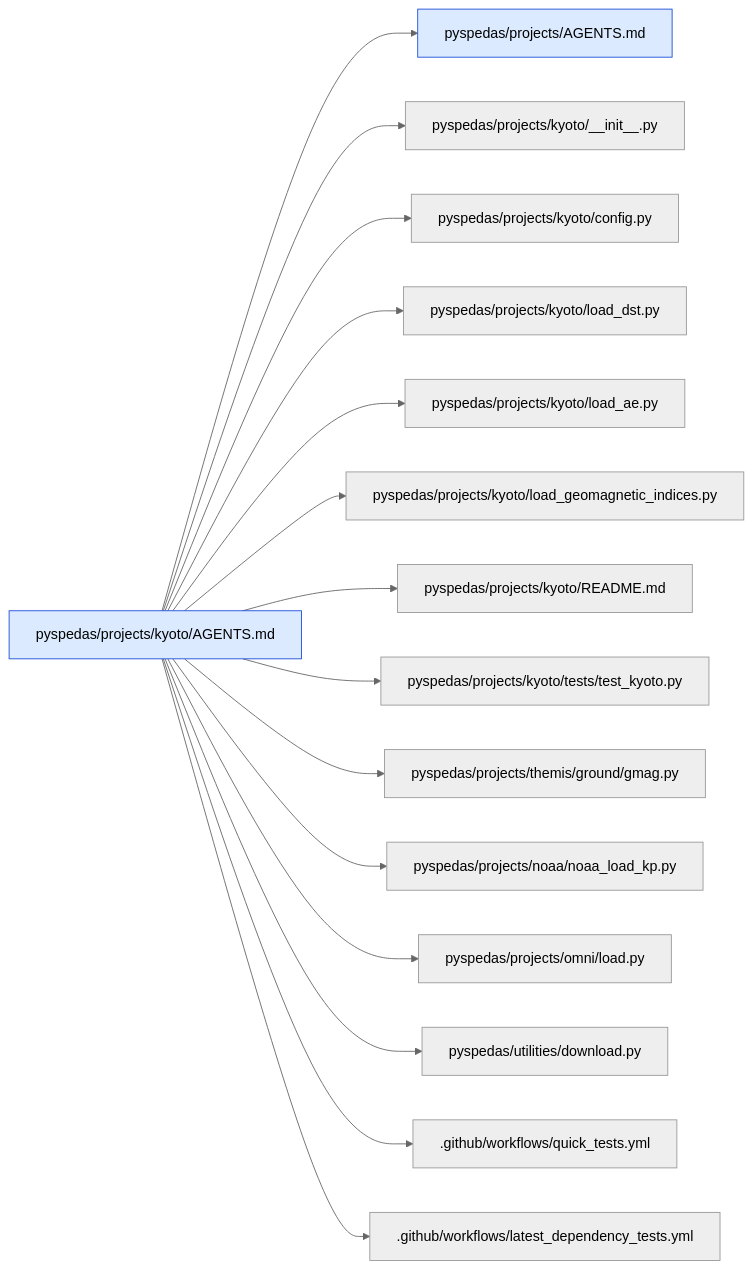
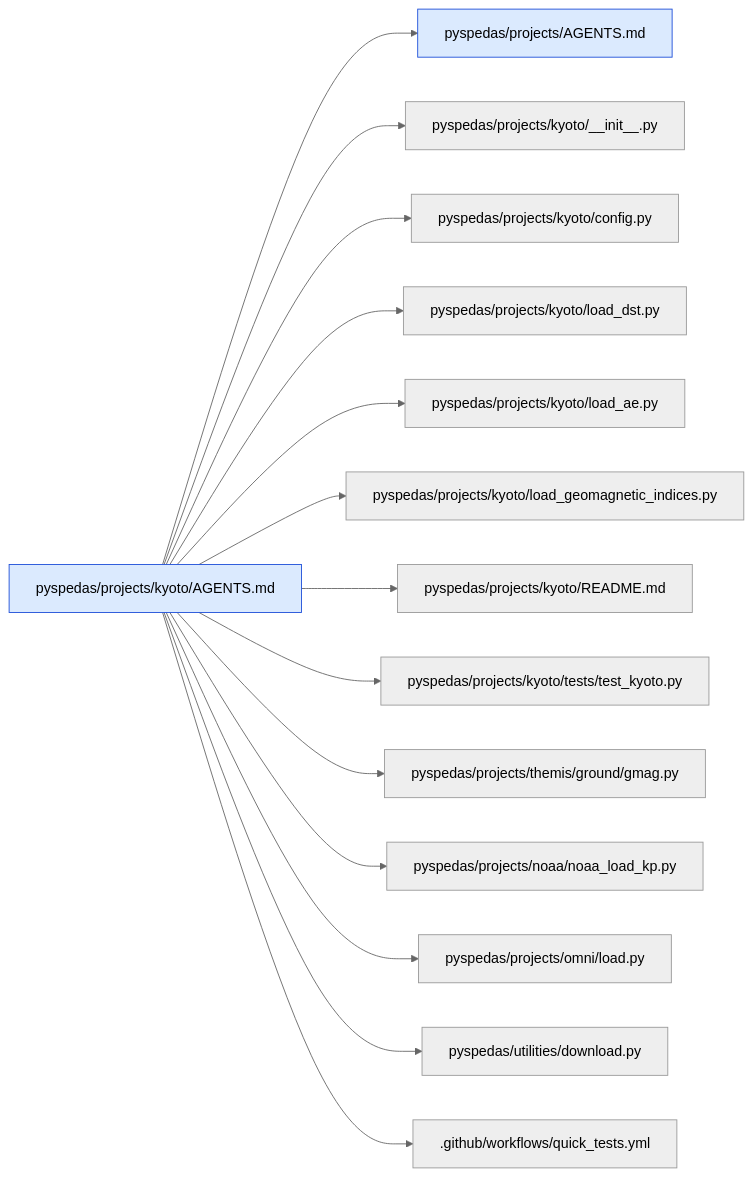
Before and after one commit to spedas/pyspedas: diagram 21 of 43 in .agents/map/MAP.md, drawn with Mermaid (neutral theme). The commit also changed other lines of this file and 21 other files, not shown here.

First line of the commit message:
Unify quick tests with selectable dependency and Python policies (#1546)

````diff
--- a/.agents/map/MAP.md
+++ b/.agents/map/MAP.md
@@ -855,20 +855,19 @@
 ```mermaid
 graph LR
   classDef agents fill:#dbeafe,stroke:#1d4ed8
   classDef missing fill:#fee2e2,stroke:#b91c1c,stroke-dasharray:4
   self["pyspedas/projects/kyoto/AGENTS.md"]:::agents
   self --> r0["pyspedas/projects/AGENTS.md"]:::agents
   self --> r1["pyspedas/projects/kyoto/__init__.py"]
   self --> r2["pyspedas/projects/kyoto/config.py"]
   self --> r3["pyspedas/projects/kyoto/load_dst.py"]
   self --> r4["pyspedas/projects/kyoto/load_ae.py"]
   self --> r5["pyspedas/projects/kyoto/load_geomagnetic_indices.py"]
   self --> r6["pyspedas/projects/kyoto/README.md"]
   self --> r7["pyspedas/projects/kyoto/tests/test_kyoto.py"]
   self --> r8["pyspedas/projects/themis/ground/gmag.py"]
   self --> r9["pyspedas/projects/noaa/noaa_load_kp.py"]
   self --> r10["pyspedas/projects/omni/load.py"]
   self --> r11["pyspedas/utilities/download.py"]
   self --> r12[".github/workflows/quick_tests.yml"]
-  self --> r13[".github/workflows/latest_dependency_tests.yml"]
 ```
````
